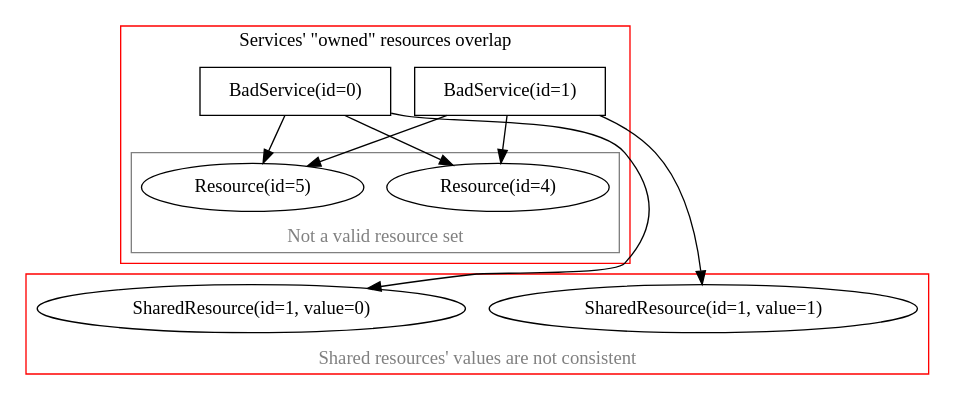
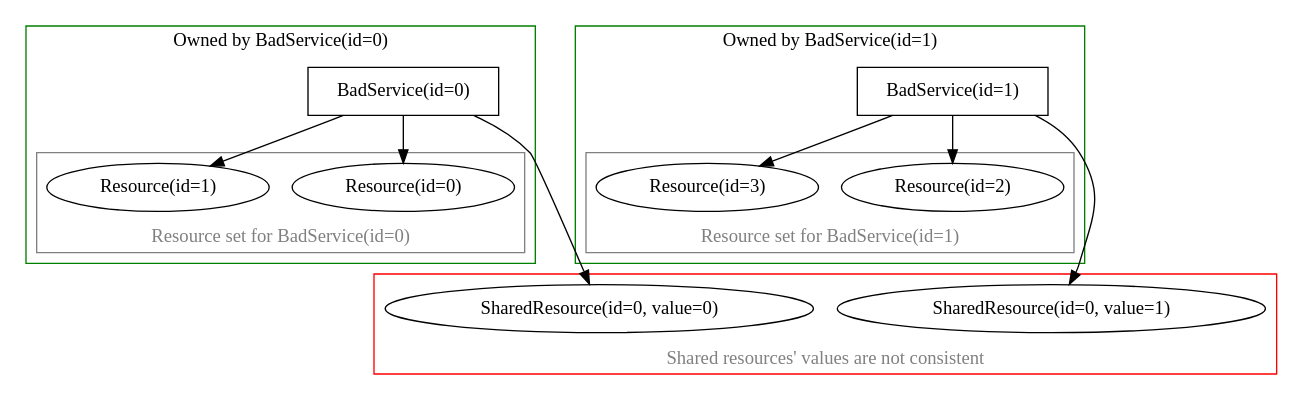
The third of 6 diagrams in docs/resource_sets.rst (inmanta/inmanta-core), drawn with Graphviz before and after one commit. The commit also changed other lines of this file, not shown here.

Commit message:
split up generic example graphs

```diff
--- a/docs/resource_sets.rst
+++ b/docs/resource_sets.rst
@@ -168,31 +198,44 @@
-.. digraph:: resource_sets_generic_bad
-    :caption: A bad service for partial compiles.
+.. digraph:: resource_sets_generic_bad_shared
+    :caption: A bad service for partial compiles: conflicting shared resources
 
-    subgraph cluster_services_bad {
+    subgraph cluster_services {
         "BadService(id=0)" [shape=rectangle];
-        "BadService(id=1)" [shape=rectangle];
-        { "BadService(id=0)", "BadService(id=1)" } -> subgraph cluster_resources_bad {
-            "Resource(id=4)";
-            "Resource(id=5)";
+        "BadService(id=0)" -> subgraph cluster_resources_good0 {
+            "Resource(id=0)";
+            "Resource(id=1)";
             color = "grey";
             fontcolor = "grey";
-            label = "Not a valid resource set";
+            label = "Resource set for BadService(id=0)";
             labelloc = "bottom";
         }
-        label = "Services' \"owned\" resources overlap";
+        label = "Owned by BadService(id=0)";
         labelloc = "top";
-        color = "red";
+        color = "green";
+    }
+    subgraph cluster_service_good1 {
+        "BadService(id=1)" [shape=rectangle];
+        "BadService(id=1)" -> subgraph cluster_resources_good1 {
+            "Resource(id=2)";
+            "Resource(id=3)";
+            color = "grey";
+            fontcolor = "grey";
+            label = "Resource set for BadService(id=1)";
+            labelloc = "bottom";
+        }
+        label = "Owned by BadService(id=1)";
+        labelloc = "top";
+        color = "green";
     }
     subgraph cluster_resources_bad_shared {
-        "SharedResource(id=1, value=0)";
-        "SharedResource(id=1, value=1)";
+        "SharedResource(id=0, value=0)";
+        "SharedResource(id=0, value=1)";
         color = "red";
         fontcolor = "grey";
         label = "Shared resources' values are not consistent"
         labelloc = "bottom";
     }
-    "BadService(id=0)" -> "SharedResource(id=1, value=0)";
-    "BadService(id=1)" -> "SharedResource(id=1, value=1)";
+    "BadService(id=0)" -> "SharedResource(id=0, value=0)";
+    "BadService(id=1)" -> "SharedResource(id=0, value=1)";
 
     # force rendering on multiple ranks
-    {"Resource(id=4)" "Resource(id=5)"} -> {"SharedResource(id=1, value=0)" "SharedResource(id=1, value=1)"} [style="invis"];
+    {"Resource(id=0)" "Resource(id=1)" "Resource(id=2)" "Resource(id=3)"} -> "SharedResource(id=0, value=0)" [style="invis"];
```
